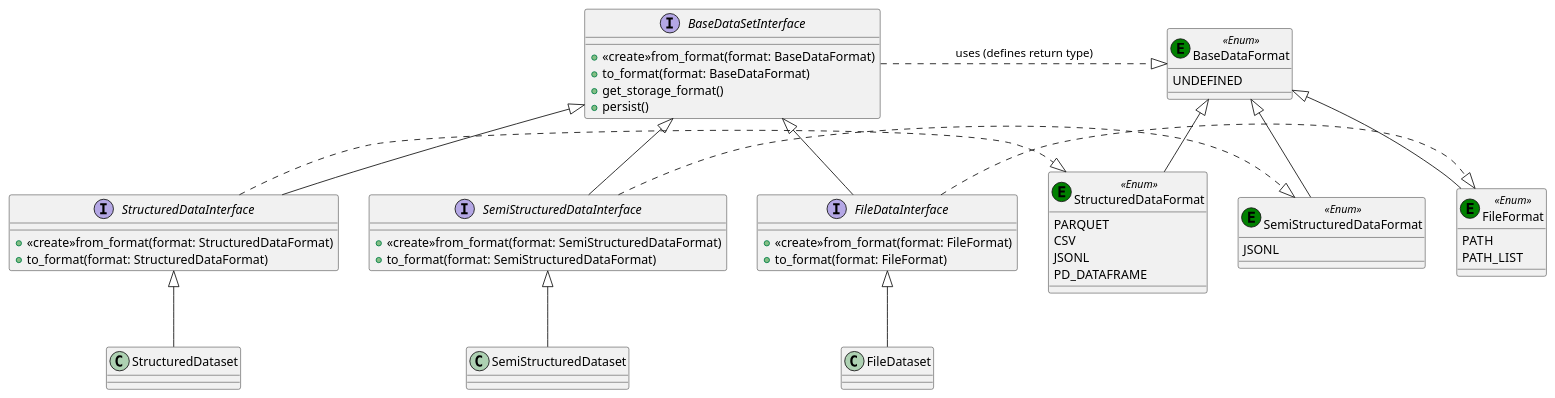
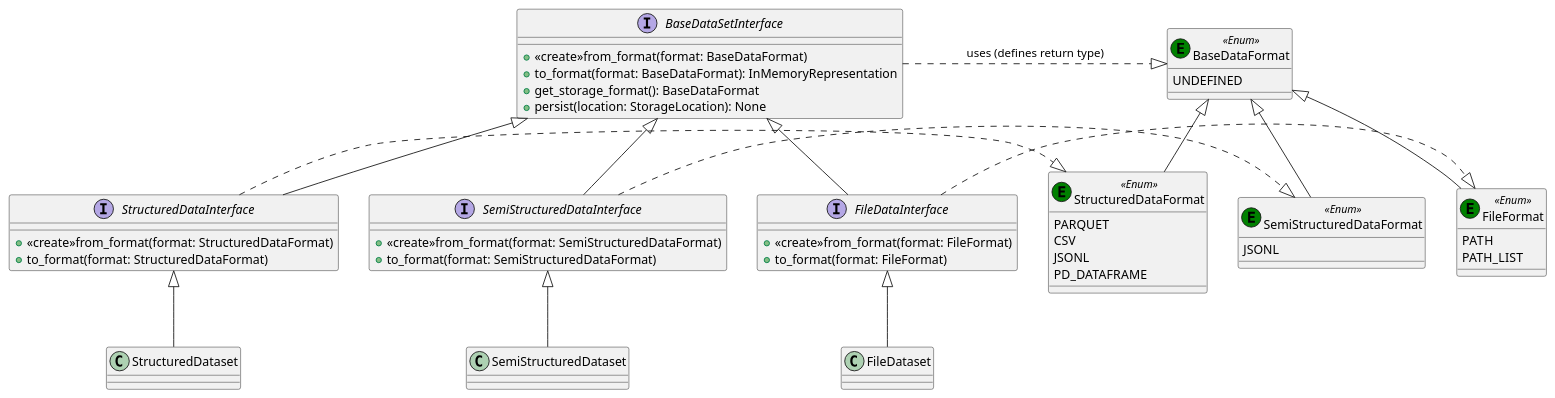
Before and after one commit to tloeber/ML-interfaces: the diagram in docs/uml/dataset_interface.puml, drawn with PlantUML. The commit also changed 2 other files, not shown here.

```diff
--- a/docs/uml/dataset_interface.puml
+++ b/docs/uml/dataset_interface.puml
@@ -1,64 +1,64 @@
 @startuml
 
 interface BaseDataSetInterface {
   +<<create>>from_format(format: BaseDataFormat)
-  +to_format(format: BaseDataFormat)
-  +get_storage_format()
-  +persist()
+  +to_format(format: BaseDataFormat): InMemoryRepresentation
+  +get_storage_format(): BaseDataFormat
+  +persist(location: StorageLocation): None
 }
 
 BaseDataSetInterface <|-- StructuredDataInterface
 BaseDataSetInterface <|-- SemiStructuredDataInterface
 BaseDataSetInterface <|-- FileDataInterface
 
 interface StructuredDataInterface {
   +<<create>>from_format(format: StructuredDataFormat)
   +to_format(format: StructuredDataFormat)
 }
 
 interface SemiStructuredDataInterface {
   +<<create>>from_format(format: SemiStructuredDataFormat)
   +to_format(format: SemiStructuredDataFormat)
 }
 
 interface FileDataInterface {
   +<<create>>from_format(format: FileFormat)
   +to_format(format: FileFormat)
 }
 
 StructuredDataInterface <|-- StructuredDataset
 SemiStructuredDataInterface <|-- SemiStructuredDataset
 FileDataInterface <|-- FileDataset
 
 
 enum BaseDataFormat << (E,green) Enum >> {
   UNDEFINED
 }
 
 enum StructuredDataFormat << (E,green) Enum >> {
   PARQUET
   CSV
   JSONL
   PD_DATAFRAME
 }
 
 enum SemiStructuredDataFormat << (E,green) Enum >> {
   JSONL
 }
 
 enum FileFormat << (E,green) Enum >> {
   PATH
   PATH_LIST
 }
 
 BaseDataFormat <|-- StructuredDataFormat
 BaseDataFormat <|-- SemiStructuredDataFormat
 BaseDataFormat <|-- FileFormat
 
 BaseDataSetInterface .right.|> BaseDataFormat : uses (defines return type)
 
 StructuredDataInterface .right.|> StructuredDataFormat
 SemiStructuredDataInterface .right.|>  SemiStructuredDataFormat
 FileDataInterface .right.|> FileFormat
 
 @enduml
```
